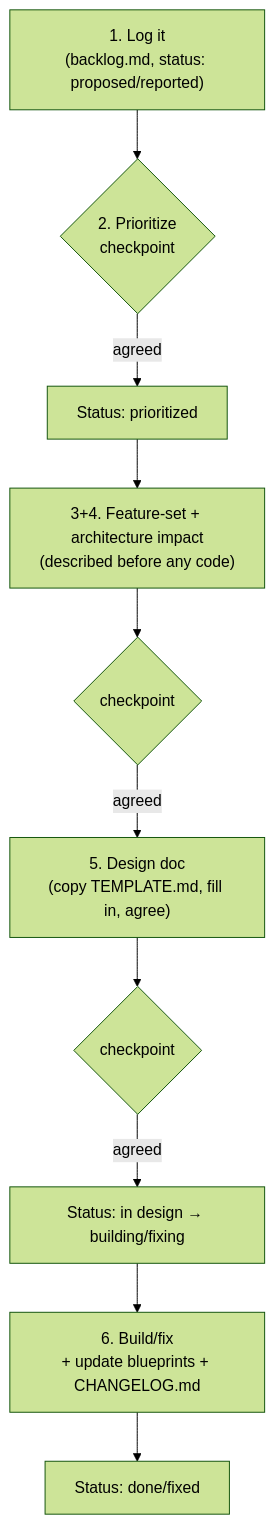
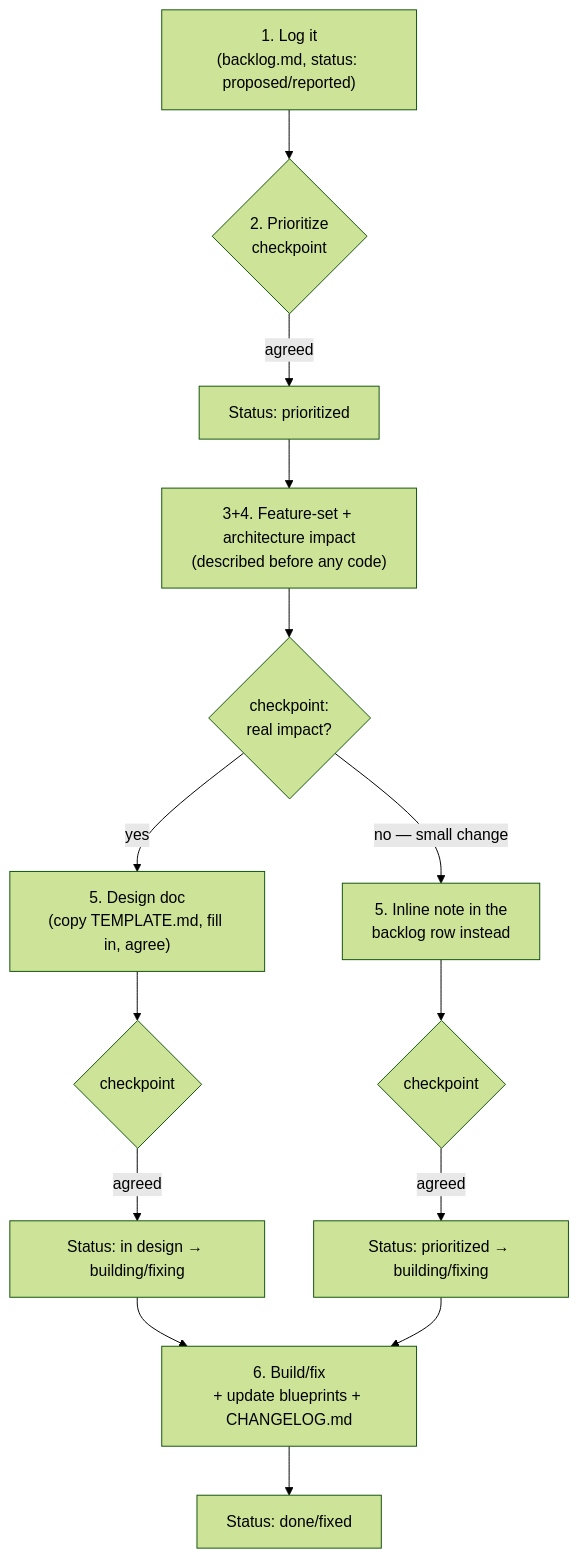
One commit to theprogrammerin/builder-scaffold changed the diagram in README.md. Above: the diagram before and after it, drawn with Mermaid (forest theme). The commit also changed other lines of this file and 2 other files, not shown here.

First line of the commit message:
Add small-change exception to skip full design docs

````diff
--- a/README.md
+++ b/README.md
@@ -64,12 +64,16 @@
 ```mermaid
 flowchart TD
     A["1. Log it\n(backlog.md, status: proposed/reported)"] --> B{"2. Prioritize\ncheckpoint"}
     B -->|agreed| C["Status: prioritized"]
     C --> D["3+4. Feature-set + architecture impact\n(described before any code)"]
-    D --> E{"checkpoint"}
-    E -->|agreed| F["5. Design doc\n(copy TEMPLATE.md, fill in, agree)"]
+    D --> E{"checkpoint:\nreal impact?"}
+    E -->|"yes"| F["5. Design doc\n(copy TEMPLATE.md, fill in, agree)"]
     F --> G{"checkpoint"}
     G -->|agreed| H["Status: in design → building/fixing"]
+    E -->|"no — small change"| F2["5. Inline note in the\nbacklog row instead"]
+    F2 --> G2{"checkpoint"}
+    G2 -->|agreed| H2["Status: prioritized → building/fixing"]
     H --> I["6. Build/fix\n+ update blueprints + CHANGELOG.md"]
+    H2 --> I
     I --> J["Status: done/fixed"]
 ```
````
